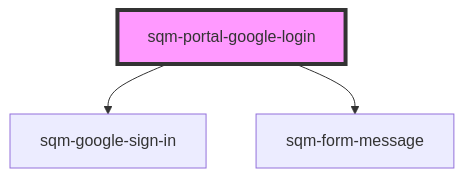
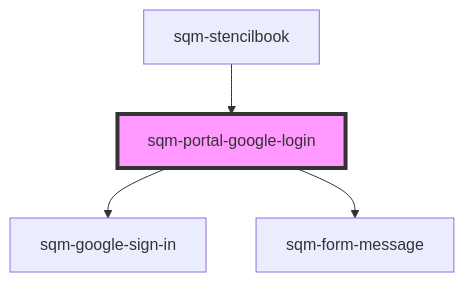
Before and after one commit to saasquatch/program-tools: the diagram in packages/mint-components/src/components/sqm-portal-google-login/readme.md, drawn with Mermaid. The commit also changed other lines of this file and 4 other files, not shown here.

````diff
--- a/packages/mint-components/src/components/sqm-portal-google-login/readme.md
+++ b/packages/mint-components/src/components/sqm-portal-google-login/readme.md
@@ -35,6 +39,7 @@
 ```mermaid
 graph TD;
   sqm-portal-google-login --> sqm-google-sign-in
   sqm-portal-google-login --> sqm-form-message
+  sqm-stencilbook --> sqm-portal-google-login
   style sqm-portal-google-login fill:#f9f,stroke:#333,stroke-width:4px
 ```
````
